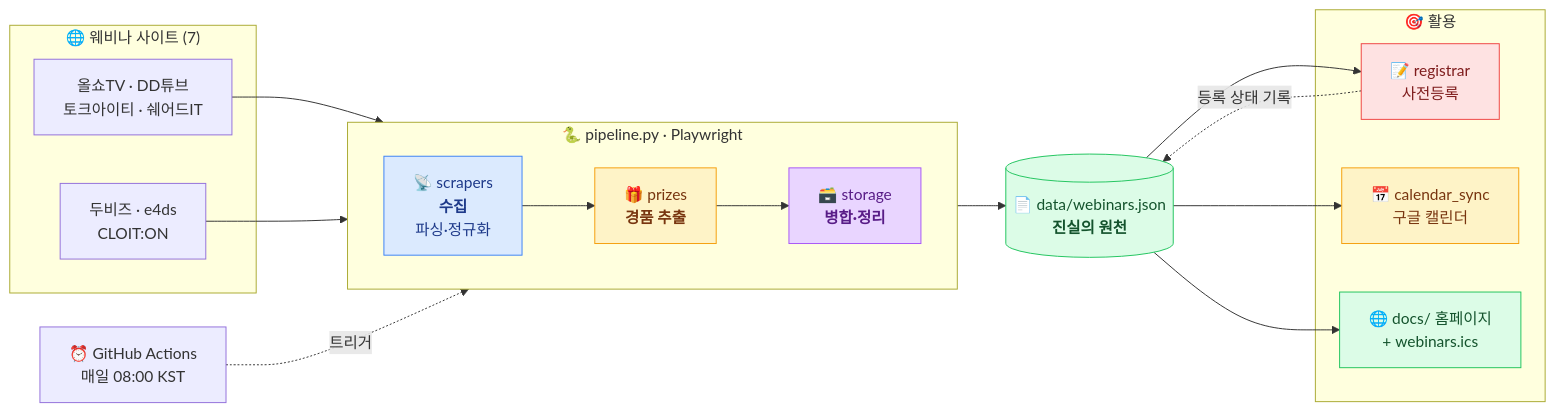
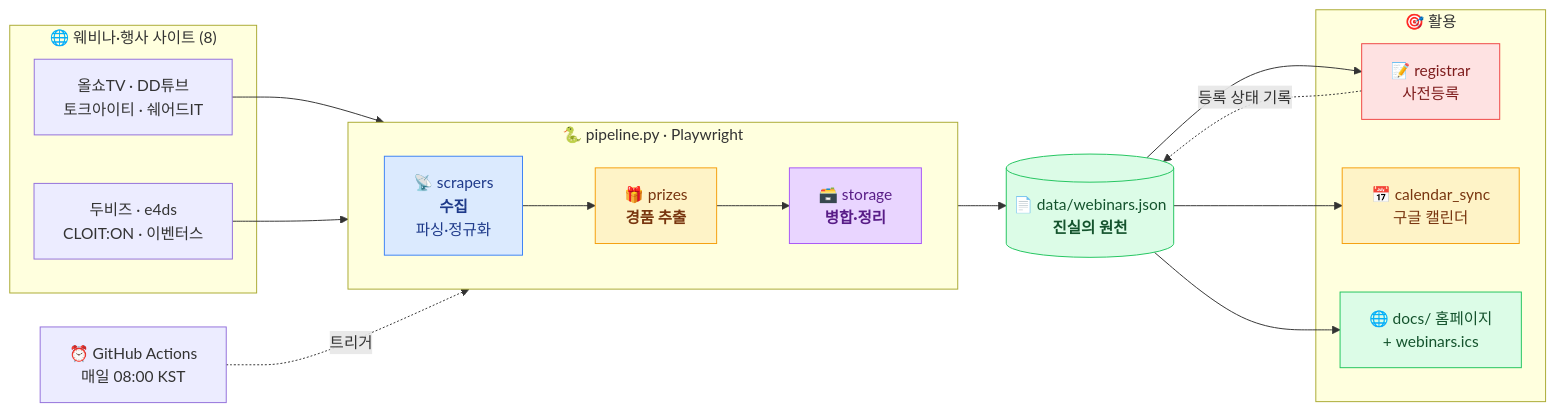
The first of 2 diagrams in README.md (leemgs/webinar), drawn with Mermaid before and after one commit. The commit also changed other lines of this file and 12 other files, not shown here.

````diff
--- a/README.md
+++ b/README.md
@@ -13,40 +13,40 @@
 ```mermaid
 flowchart LR
-    subgraph SRC["🌐 웨비나 사이트 (7)"]
+    subgraph SRC["🌐 웨비나·행사 사이트 (8)"]
         S1["올쇼TV · DD튜브<br/>토크아이티 · 쉐어드IT"]
-        S2["두비즈 · e4ds<br/>CLOIT:ON"]
+        S2["두비즈 · e4ds<br/>CLOIT:ON · 이벤터스"]
     end
 
     subgraph PIPE["🐍 pipeline.py · Playwright"]
         direction LR
         SC["📡 scrapers<br/><b>수집</b><br/>파싱·정규화"]
         PR["🎁 prizes<br/><b>경품 추출</b>"]
         MG["🗃️ storage<br/><b>병합·정리</b>"]
         SC --> PR --> MG
     end
 
     DB[("📄 data/webinars.json<br/><b>진실의 원천</b>")]
 
     subgraph OUT["🎯 활용"]
         RG["📝 registrar<br/>사전등록"]
         CAL["📅 calendar_sync<br/>구글 캘린더"]
         WEB["🌐 docs/ 홈페이지<br/>+ webinars.ics"]
     end
 
     S1 --> SC
     S2 --> SC
     MG --> DB
     DB --> RG
     DB --> CAL
     DB --> WEB
     RG -. "등록 상태 기록" .-> DB
     CRON["⏰ GitHub Actions<br/>매일 08:00 KST"] -. "트리거" .-> PIPE
 
     style SC fill:#dbeafe,stroke:#3b82f6,color:#1e3a8a
     style PR fill:#fef3c7,stroke:#f59e0b,color:#78350f
     style MG fill:#e9d5ff,stroke:#a855f7,color:#581c87
     style DB fill:#dcfce7,stroke:#22c55e,color:#14532d
     style WEB fill:#dcfce7,stroke:#22c55e,color:#14532d
     style RG fill:#fee2e2,stroke:#ef4444,color:#7f1d1d
     style CAL fill:#fef3c7,stroke:#f59e0b,color:#78350f
 ```
````
